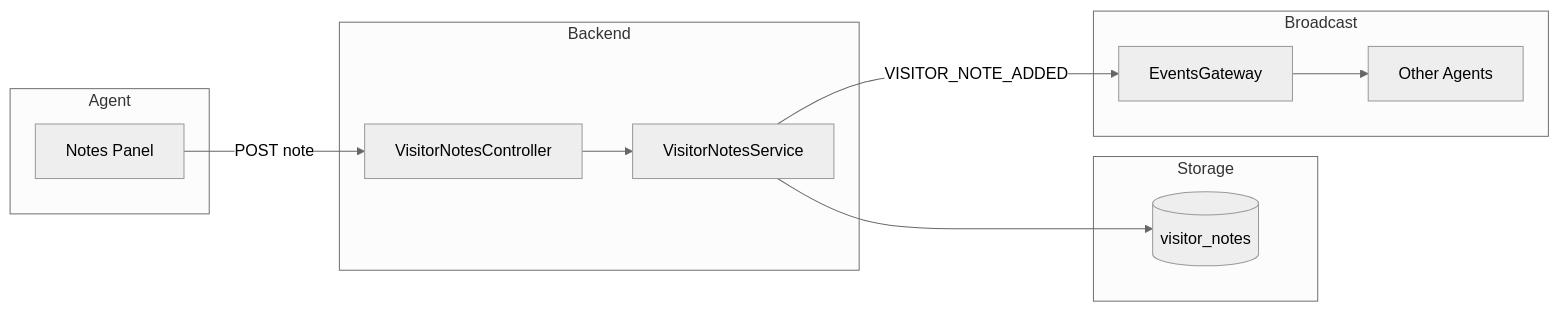
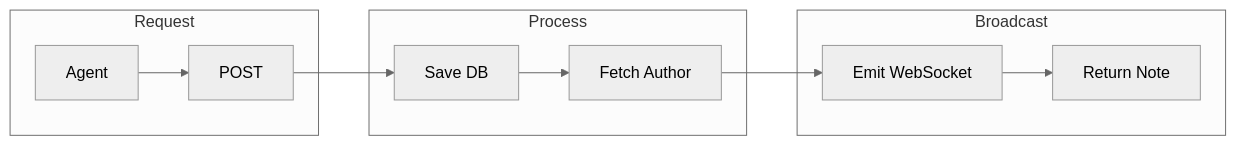
The seventh of 8 diagrams in presentation/pages/hiep.md (doananhhung/livechat), drawn with Mermaid (neutral theme) before and after one commit. The commit also changed other lines of this file, not shown here.

````diff
--- a/presentation/pages/hiep.md
+++ b/presentation/pages/hiep.md
@@ -650,23 +325,14 @@
 ```mermaid
 flowchart LR
-    subgraph Agent["Agent"]
-        A["Notes Panel"]
+    subgraph Request
+        A[Agent] --> B[POST]
     end
-
-    subgraph Backend["Backend"]
-        B["VisitorNotesController"]
-        C["VisitorNotesService"]
+    subgraph Process
+        B --> C[Save DB]
+        C --> D[Fetch Author]
     end
-
-    subgraph Storage["Storage"]
-        D[("visitor_notes")]
+    subgraph Broadcast
+        D --> E[Emit WebSocket]
+        E --> F[Return Note]
     end
-
-    subgraph Broadcast["Broadcast"]
-        E["EventsGateway"]
-        F["Other Agents"]
-    end
-
-    A -->|"POST note"| B --> C --> D
-    C -->|"VISITOR_NOTE_ADDED"| E --> F
 ```
````
